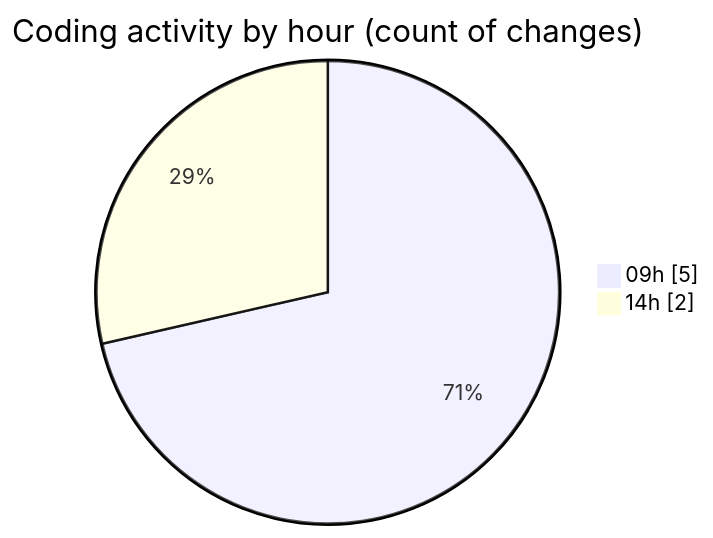
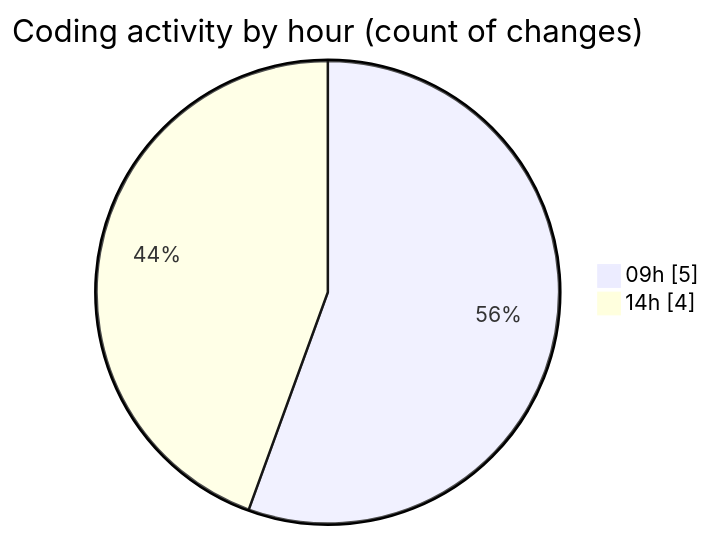
The second of 2 diagrams in 2025-11-25/untitled__workspace_/README.md (MatusMokan/code-tracking), drawn with Mermaid before and after one commit. The commit also changed other lines of this file and 1 other file, not shown here.

````diff
--- a/2025-11-25/untitled__workspace_/README.md
+++ b/2025-11-25/untitled__workspace_/README.md
@@ -33,6 +33,6 @@
 ```mermaid
 pie showData
 title Coding activity by hour (count of changes)
 "09h" : 5
-"14h" : 2
+"14h" : 4
 ```
````
